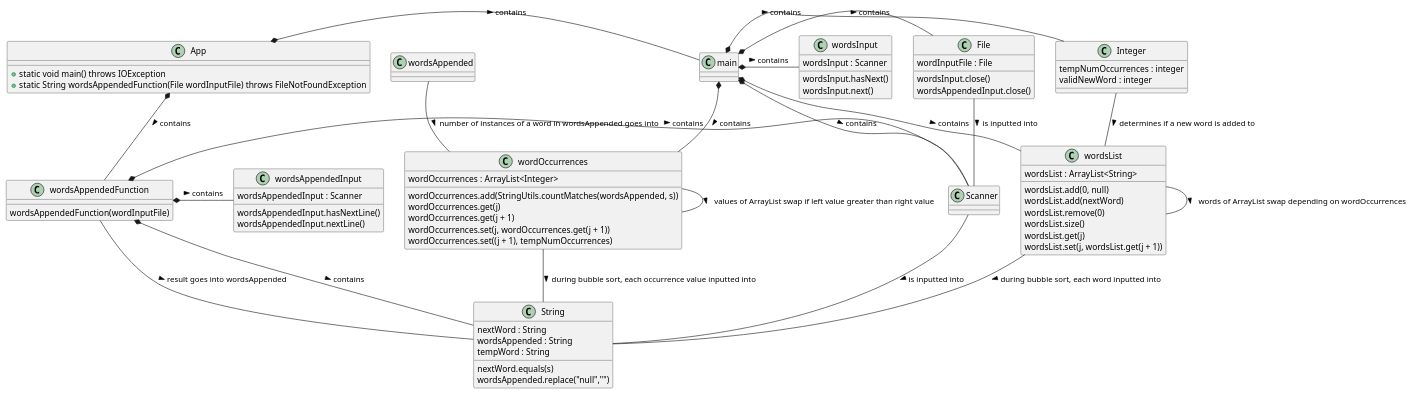
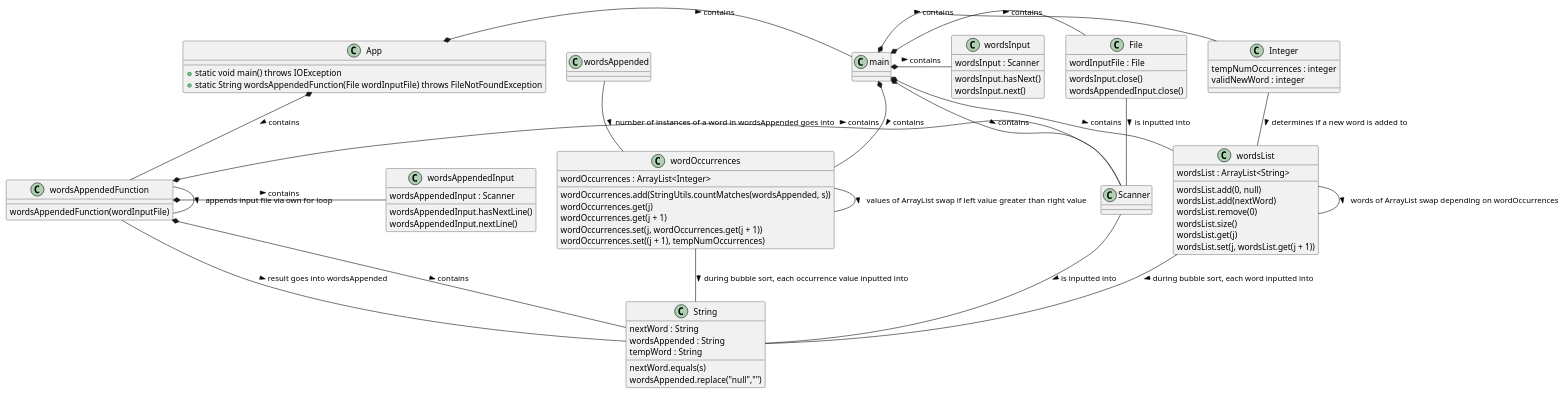
One commit to Sabrina-Lopez/lopez-cop3330-assignment3 changed the diagram in src/main/java/ex46/App UML File.puml. Above: the diagram before and after it, drawn with PlantUML.

Commit message:
ex46 plant uml diagram update

```diff
--- a/src/main/java/ex46/App UML File.puml
+++ b/src/main/java/ex46/App UML File.puml
@@ -1,87 +1,89 @@
 @startuml
 'https://plantuml.com/class-diagram
 
 class App {
     +static void main() throws IOException
     +static String wordsAppendedFunction(File wordInputFile) throws FileNotFoundException
 }
 
 class File {
     wordInputFile : File
     wordsInput.close()
     wordsAppendedInput.close()
 }
 
 class Integer {
     tempNumOccurrences : integer
     validNewWord : integer
 }
 
 class String {
     nextWord : String
     wordsAppended : String
     tempWord : String
     nextWord.equals(s)
     wordsAppended.replace("null","")
 }
 
 class wordsAppendedFunction {
     wordsAppendedFunction(wordInputFile)
 }
 
 class wordsList {
     wordsList : ArrayList<String>
     wordsList.add(0, null)
     wordsList.add(nextWord)
     wordsList.remove(0)
     wordsList.size()
     wordsList.get(j)
     wordsList.set(j, wordsList.get(j + 1))
 }
 
 class wordOccurrences {
     wordOccurrences : ArrayList<Integer>
     wordOccurrences.add(StringUtils.countMatches(wordsAppended, s))
     wordOccurrences.get(j)
     wordOccurrences.get(j + 1)
     wordOccurrences.set(j, wordOccurrences.get(j + 1))
     wordOccurrences.set((j + 1), tempNumOccurrences)
 }
 
 class wordsInput {
     wordsInput : Scanner
     wordsInput.hasNext()
     wordsInput.next()
 }
 
 class wordsAppendedInput {
     wordsAppendedInput : Scanner
     wordsAppendedInput.hasNextLine()
     wordsAppendedInput.nextLine()
 }
 
 App *- main : contains >
 App *- wordsAppendedFunction : contains >
 
 main *- wordsList : contains >
 main *- wordOccurrences : contains >
 main *- File : contains >
 main *- Scanner : contains >
 main *- Integer : contains >
 main *- wordsInput : contains >
 
 wordsAppendedFunction *- wordsAppendedInput : contains >
 wordsAppendedFunction *- Scanner : contains >
 wordsAppendedFunction *- String : contains >
 
 File -- Scanner : is inputted into >
 Scanner -- String : is inputted into >
 Integer -- wordsList : determines if a new word is added to >
 wordsAppendedFunction -- String : result goes into wordsAppended >
 wordsAppended -- wordOccurrences : number of instances of a word in wordsAppended goes into >
 wordsList -- String : during bubble sort, each word inputted into >
 wordOccurrences -- String : during bubble sort, each occurrence value inputted into >
 wordsList -- wordsList : words of ArrayList swap depending on wordOccurrences >
 wordOccurrences -- wordOccurrences : values of ArrayList swap if left value greater than right value >
 
+wordsAppendedFunction -- wordsAppendedFunction : appends input file via own for loop >
+
 @enduml
```
